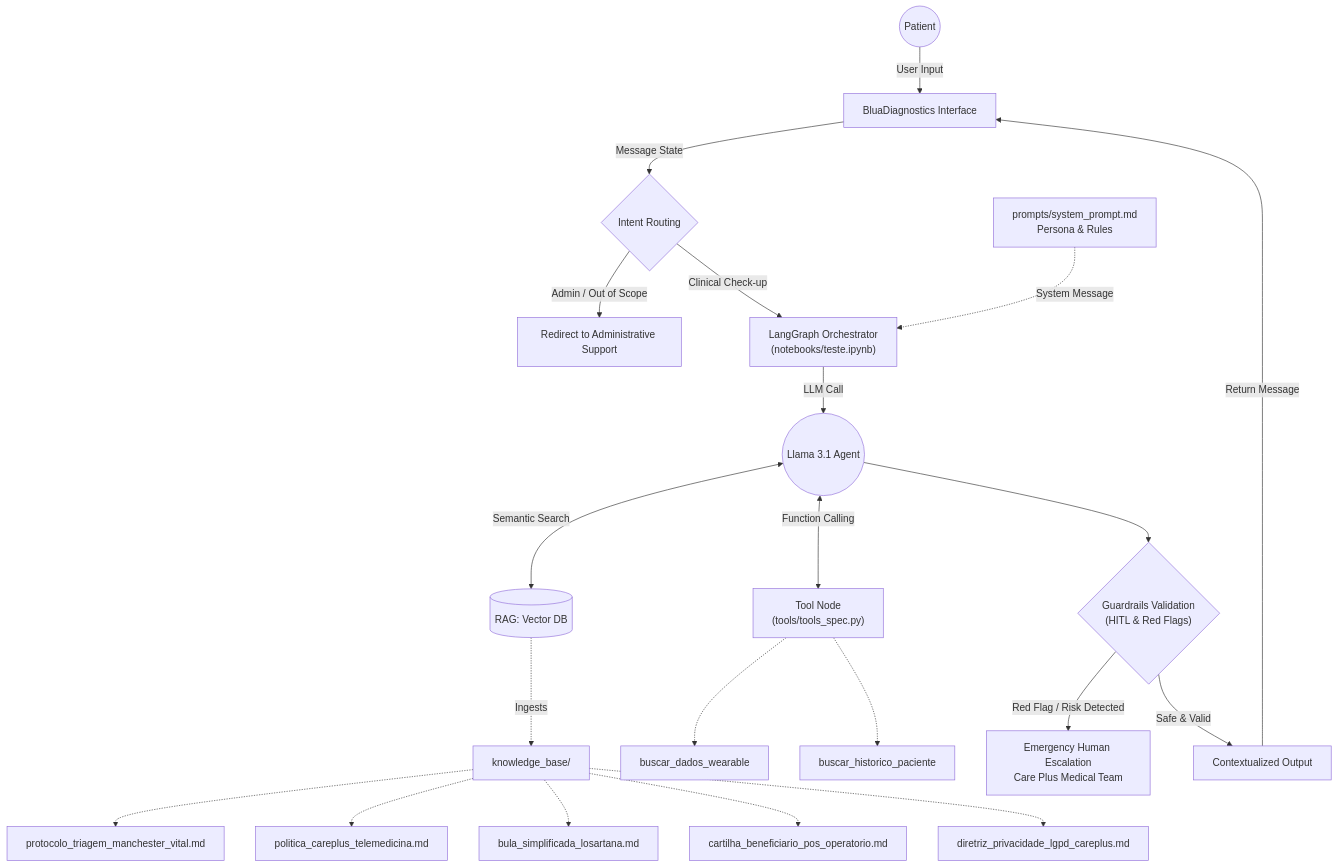
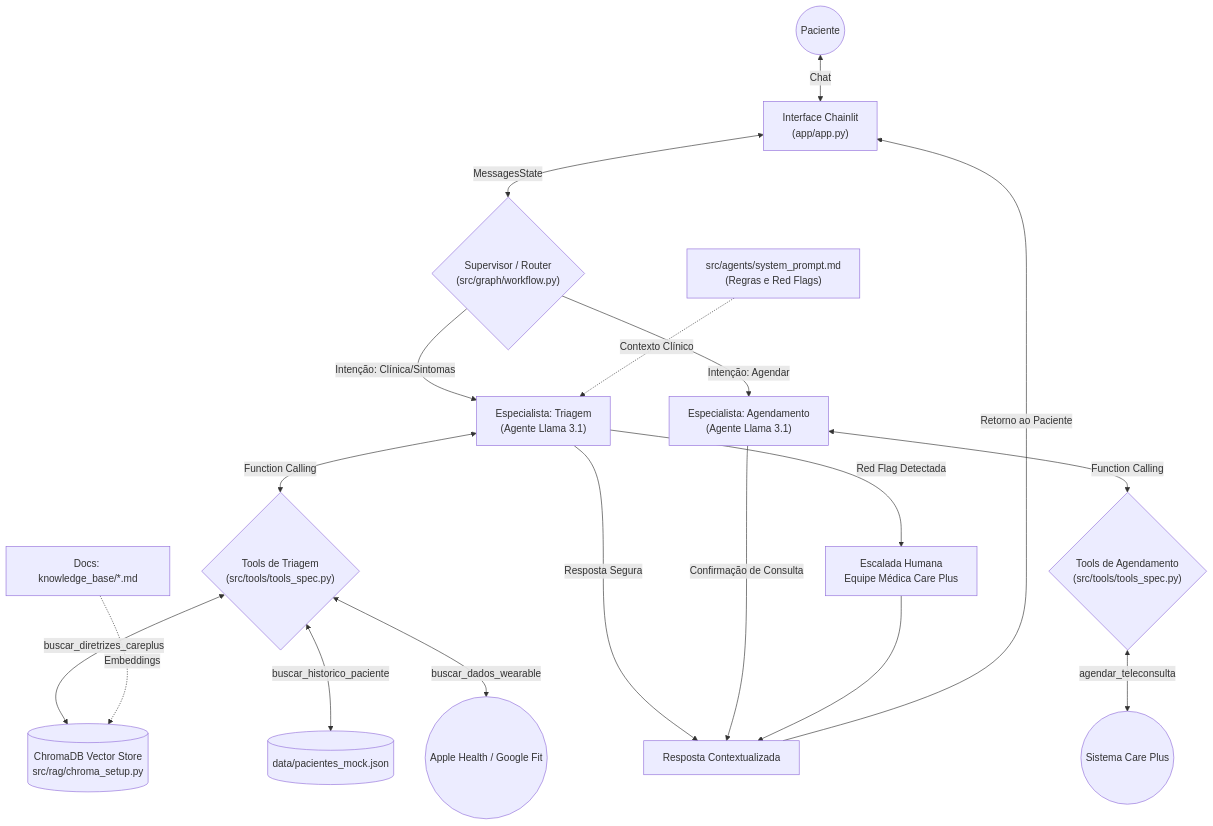
The diagram in docs/arquitetura.md (juiyya/BluaDiagnostics-Sprint4), drawn with Mermaid before and after one commit. The commit also changed 24 other files, not shown here.

Commit message:
Sprint 4 - Care Plus

````diff
--- a/docs/arquitetura.md
+++ b/docs/arquitetura.md
@@ -1,36 +1,37 @@
 ```mermaid
 flowchart TD
-    %% 1. User Input
-    User((Patient)) -->|User Input| App[BluaDiagnostics Interface]
-    App -->|Message State| Router{Intent Routing}
+    %% 1. User Interaction
+    User((Paciente)) <-->|Chat| App["Interface Chainlit<br>(app/app.py)"]
 
-    %% 2. Intent Routing (Based on sprint1_eval_set.json & system_prompt.md)
-    Router -->|Admin / Out of Scope| Admin[Redirect to Administrative Support]
-    Router -->|Clinical Check-up| Orchestrator["LangGraph Orchestrator<br>(notebooks/teste.ipynb)"]
+    %% 2. LangGraph Entry
+    App <-->|MessagesState| Supervisor{"Supervisor / Router<br>(src/graph/workflow.py)"}
 
-    %% 3. LLM Call
-    SysPrompt["prompts/system_prompt.md<br>Persona & Rules"] -.->|System Message| Orchestrator
-    Orchestrator -->|LLM Call| LLM((Llama 3.1 Agent))
+    %% 3. Multi-Agent Routing (Llama 3.1)
+    Supervisor -->|Intenção: Clínica/Sintomas| AgenteTriagem["Especialista: Triagem<br>(Agente Llama 3.1)"]
+    Supervisor -->|Intenção: Agendar| AgenteAgendamento["Especialista: Agendamento<br>(Agente Llama 3.1)"]
 
-    %% 4. RAG Consultation
-    LLM <-->|Semantic Search| RAG[(RAG: Vector DB)]
-    RAG -.->|Ingests| KB_Docs[knowledge_base/]
-    KB_Docs -.-> KB1[protocolo_triagem_manchester_vital.md]
-    KB_Docs -.-> KB2[politica_careplus_telemedicina.md]
-    KB_Docs -.-> KB3[bula_simplificada_losartana.md]
-    KB_Docs -.-> KB4[cartilha_beneficiario_pos_operatorio.md]
-    KB_Docs -.-> KB5[diretriz_privacidade_lgpd_careplus.md]
+    %% 4. System Prompt & Guardrails
+    SysPrompt["src/agents/system_prompt.md<br>(Regras e Red Flags)"] -.->|Contexto Clínico| AgenteTriagem
 
-    %% 5. Tools Invocation
-    LLM <-->|Function Calling| ToolNode["Tool Node<br>(tools/tools_spec.py)"]
-    ToolNode -.-> T1[buscar_dados_wearable]
-    ToolNode -.-> T2[buscar_historico_paciente]
+    %% 5. Tools - Agente de Triagem
+    AgenteTriagem <-->|Function Calling| ToolsTriagem{"Tools de Triagem<br>(src/tools/tools_spec.py)"}
+    
+    ToolsTriagem <-->|buscar_diretrizes_careplus| RAG[(ChromaDB Vector Store<br>src/rag/chroma_setup.py)]
+    ToolsTriagem <-->|buscar_historico_paciente| MockDB[(data/pacientes_mock.json)]
+    ToolsTriagem <-->|buscar_dados_wearable| Wearable((Apple Health / Google Fit))
 
-    %% 6. Guardrails Validation
-    LLM --> Guardrails{"Guardrails Validation<br>(HITL & Red Flags)"}
-    Guardrails -->|Red Flag / Risk Detected| Escalate["Emergency Human Escalation<br>Care Plus Medical Team"]
+    %% Ingestão RAG (Background)
+    KB_Docs[Docs: knowledge_base/*.md] -.->|Embeddings| RAG
+
+    %% 6. Tools - Agente de Agendamento
+    AgenteAgendamento <-->|Function Calling| ToolsAgendamento{"Tools de Agendamento<br>(src/tools/tools_spec.py)"}
+    ToolsAgendamento <-->|agendar_teleconsulta| Agenda((Sistema Care Plus))
+
+    %% 7. Resposta e Escalada
+    AgenteTriagem -->|Red Flag Detectada| Escalada["Escalada Humana<br>Equipe Médica Care Plus"]
+    AgenteTriagem -->|Resposta Segura| Output[Resposta Contextualizada]
+    AgenteAgendamento -->|Confirmação de Consulta| Output
     
-    %% 7. Contextualized Output
-    Guardrails -->|Safe & Valid| Output[Contextualized Output]
-    Output -->|Return Message| App
+    Escalada --> Output
+    Output -->|Retorno ao Paciente| App
 ```
````
